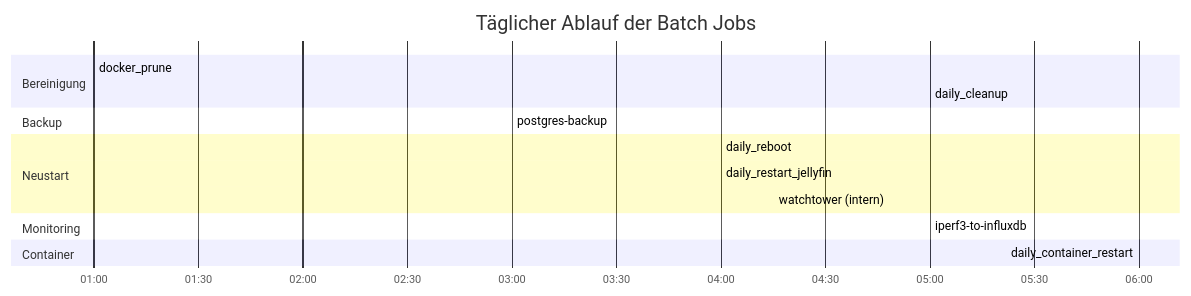
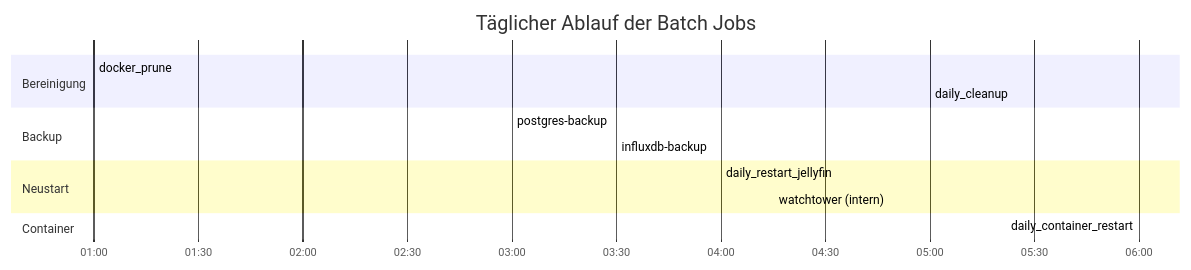
One commit to derever-labs/homelab-wiki changed the diagram in docs/_querschnitt/batch-jobs.md. Above: the diagram before and after it, drawn with Mermaid. The commit also changed other lines of this file and 3 other files, not shown here.

````diff
--- a/docs/_querschnitt/batch-jobs.md
+++ b/docs/_querschnitt/batch-jobs.md
@@ -17,24 +17,21 @@
 ```mermaid
 gantt
     title Täglicher Ablauf der Batch Jobs
     dateFormat HH:mm
     axisFormat %H:%M
 
     section Bereinigung
     docker_prune           :01:00, 15min
     daily_cleanup          :05:00, 30min
 
     section Backup
     postgres-backup        :03:00, 15min
+    influxdb-backup        :03:30, 15min
 
     section Neustart
-    daily_reboot           :04:00, 35min
     daily_restart_jellyfin :04:00, 5min
     watchtower (intern)    :04:15, 30min
-
-    section Monitoring
-    iperf3-to-influxdb     :05:00, 5min
 
     section Container
     daily_container_restart:06:00, 5min
 ```
````
